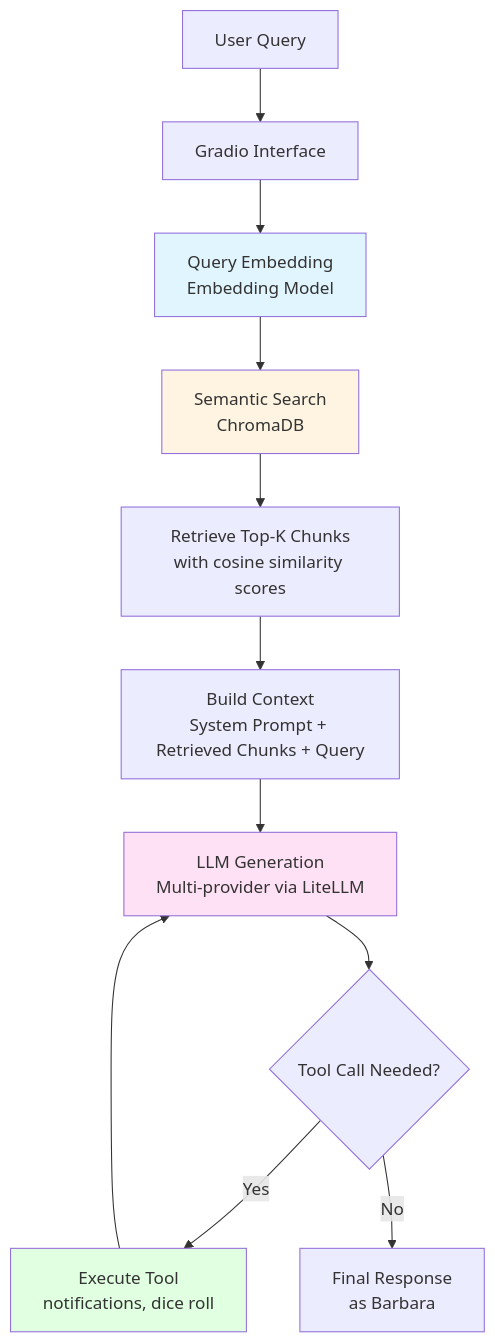
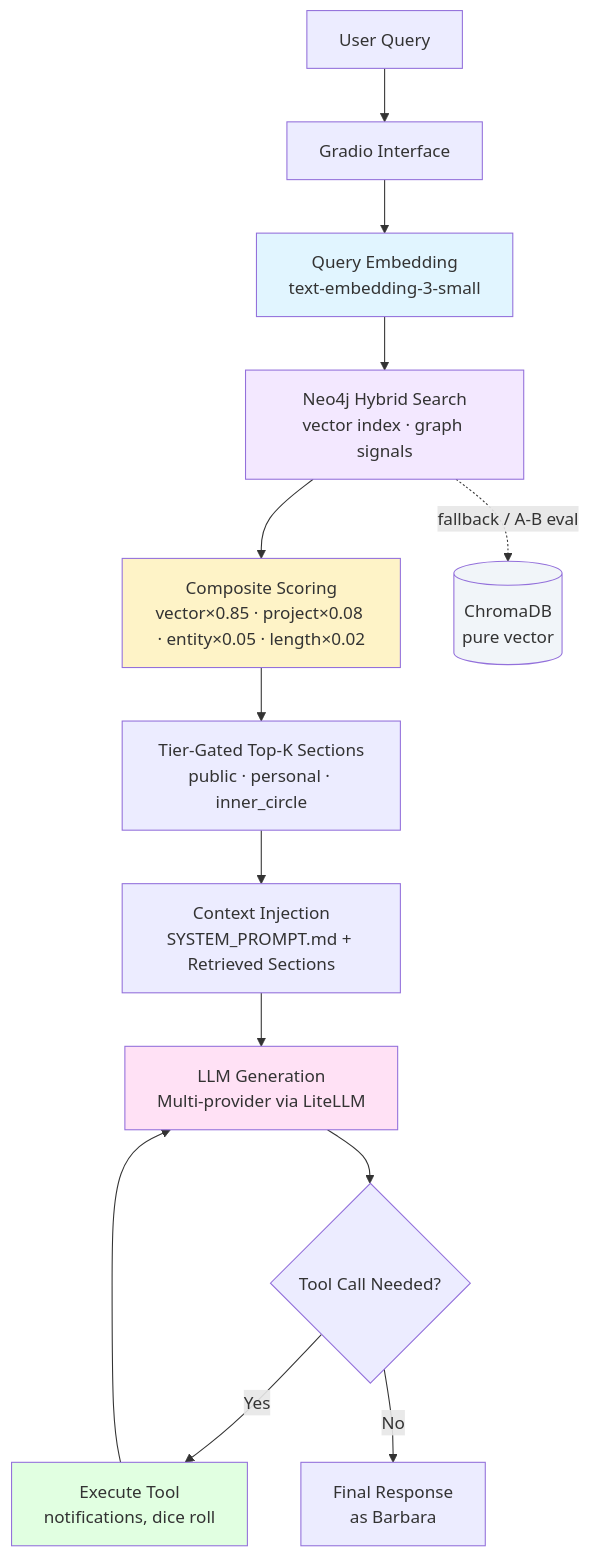
Before and after one commit to dagny099/barbs-digital-twin: the first of 3 diagrams in docs/DEVELOPER_GUIDE.md, drawn with Mermaid. The commit also changed other lines of this file and 5 other files, not shown here.

Commit message:
edited documentation to match new graphRAG design & added pipeline svg diagram

````diff
--- a/docs/DEVELOPER_GUIDE.md
+++ b/docs/DEVELOPER_GUIDE.md
@@ -100,18 +105,22 @@
 ```mermaid
 graph TD
     A[User Query] --> B[Gradio Interface]
-    B --> C[Query Embedding<br/>Embedding Model]
-    C --> D[Semantic Search<br/>ChromaDB]
-    D --> E[Retrieve Top-K Chunks<br/>with cosine similarity scores]
-    E --> F[Build Context<br/>System Prompt + Retrieved Chunks + Query]
-    F --> G[LLM Generation<br/>Multi-provider via LiteLLM]
-    G --> H{Tool Call Needed?}
-    H -->|Yes| I[Execute Tool<br/>notifications, dice roll]
-    I --> G
-    H -->|No| J[Final Response<br/>as Barbara]
+    B --> C[Query Embedding<br/>text-embedding-3-small]
+    C --> D[Neo4j Hybrid Search<br/>vector index · graph signals]
+    D --> E[Composite Scoring<br/>vector×0.85 · project×0.08 · entity×0.05 · length×0.02]
+    E --> F[Tier-Gated Top-K Sections<br/>public · personal · inner_circle]
+    F --> G[Context Injection<br/>SYSTEM_PROMPT.md + Retrieved Sections]
+    G --> H[LLM Generation<br/>Multi-provider via LiteLLM]
+    H --> I{Tool Call Needed?}
+    I -->|Yes| J[Execute Tool<br/>notifications, dice roll]
+    J --> H
+    I -->|No| K[Final Response<br/>as Barbara]
+    D -.->|fallback / A-B eval| L[(ChromaDB<br/>pure vector)]
 
     style C fill:#e1f5ff
-    style D fill:#fff4e1
-    style G fill:#ffe1f5
-    style I fill:#e1ffe1
+    style D fill:#f3e8ff
+    style E fill:#fef3c7
+    style H fill:#ffe1f5
+    style J fill:#e1ffe1
+    style L fill:#f1f5f9
 ```
````
